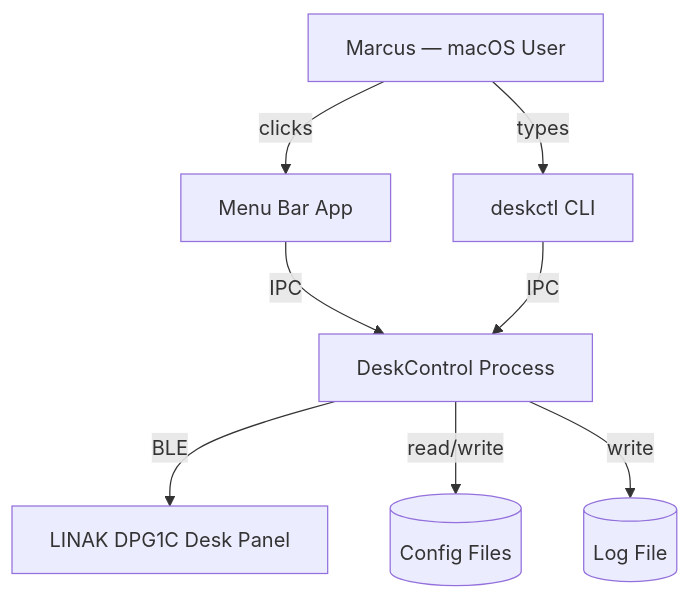
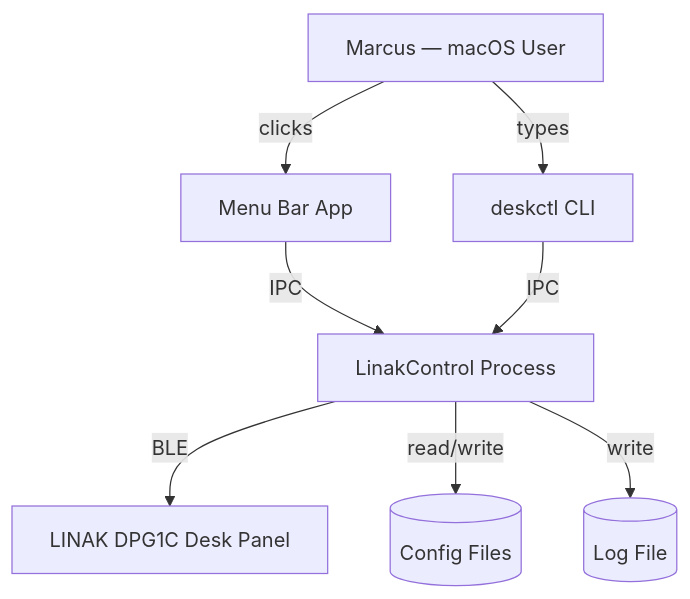
Before and after one commit to MMoMM-org/linak-control: the first of 7 diagrams in docs/XDD/specs/001-linak-dpg1c-desk-control/solution.md, drawn with Mermaid. The commit also changed other lines of this file and 10 other files, not shown here.

````diff
--- a/docs/XDD/specs/001-linak-dpg1c-desk-control/solution.md
+++ b/docs/XDD/specs/001-linak-dpg1c-desk-control/solution.md
@@ -110,14 +110,14 @@
 ```mermaid
 graph TB
     User[Marcus — macOS User]
 
     User -->|clicks| MenuBar[Menu Bar App]
     User -->|types| CLI[deskctl CLI]
 
-    MenuBar -->|IPC| App[DeskControl Process]
+    MenuBar -->|IPC| App[LinakControl Process]
     CLI -->|IPC| App
 
     App -->|BLE| Desk[LINAK DPG1C Desk Panel]
     App -->|read/write| Config[(Config Files)]
     App -->|write| Log[(Log File)]
 ```
````
